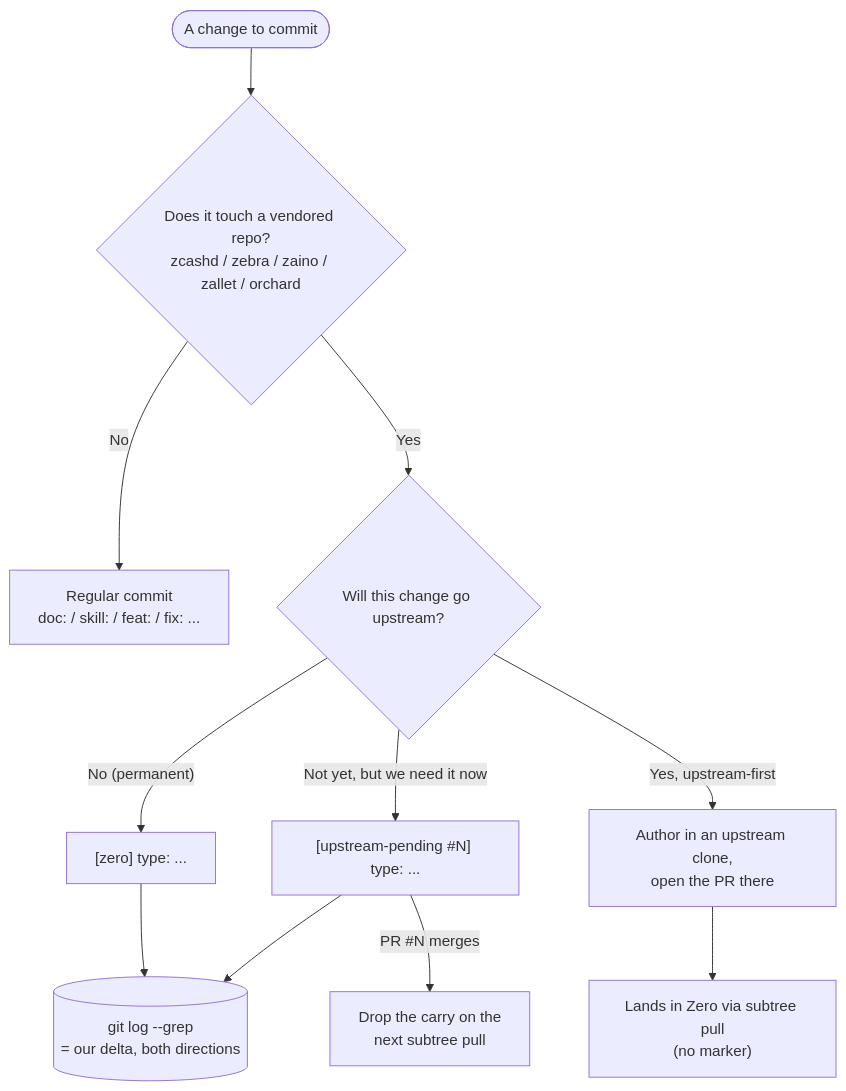
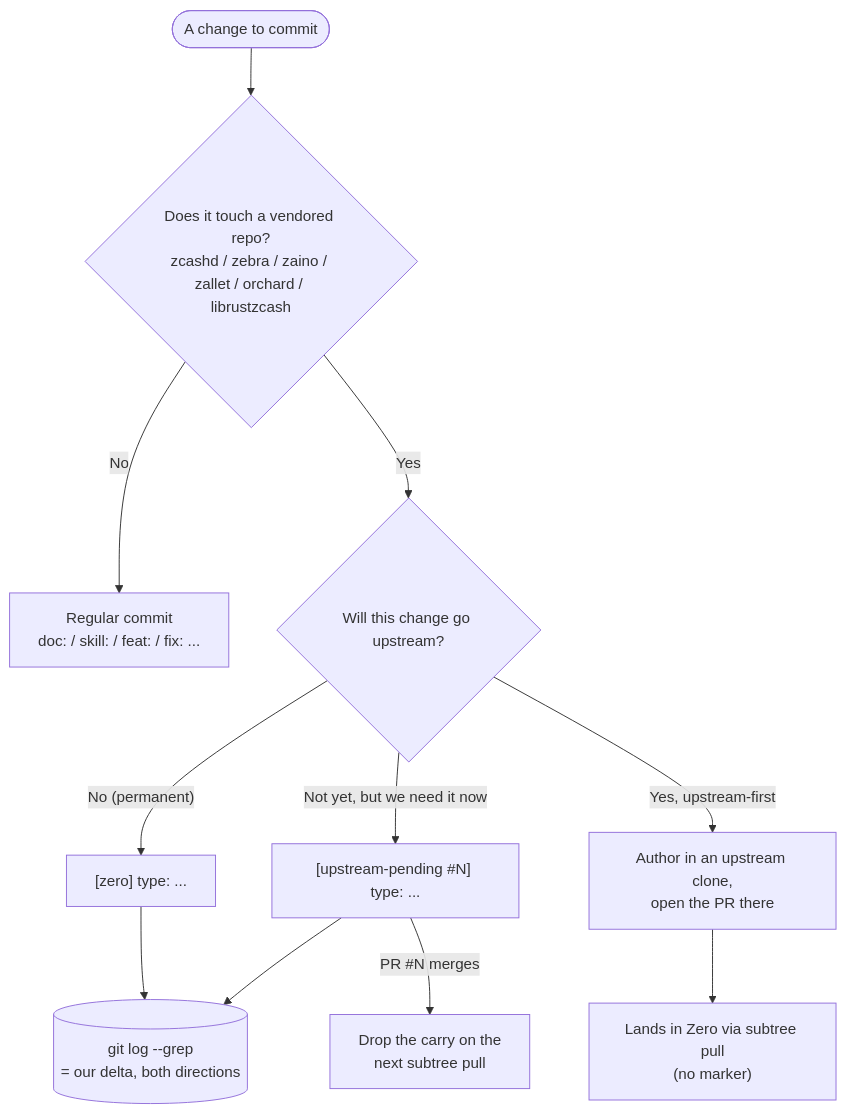
Before and after one commit to ShieldedLabs/zero: the diagram in README.md, drawn with Mermaid. The commit also changed other lines of this file and 5 other files, not shown here.

````diff
--- a/README.md
+++ b/README.md
@@ -109,13 +111,13 @@
 ```mermaid
 flowchart TD
-    A([A change to commit]) --> B{"Does it touch a vendored repo?<br/>zcashd / zebra / zaino / zallet / orchard"}
+    A([A change to commit]) --> B{"Does it touch a vendored repo?<br/>zcashd / zebra / zaino / zallet / orchard / librustzcash"}
     B -->|No| C["Regular commit<br/>doc: / skill: / feat: / fix: ..."]
     B -->|Yes| D{"Will this change go upstream?"}
     D -->|"No (permanent)"| E["[zero] type: ..."]
     D -->|"Not yet, but we need it now"| F["[upstream-pending #N] type: ..."]
     D -->|"Yes, upstream-first"| G["Author in an upstream clone,<br/>open the PR there"]
     G --> H["Lands in Zero via subtree pull<br/>(no marker)"]
     F -->|"PR #N merges"| I["Drop the carry on the<br/>next subtree pull"]
     E --> J[("git log --grep<br/>= our delta, both directions")]
     F --> J
 ```
````
